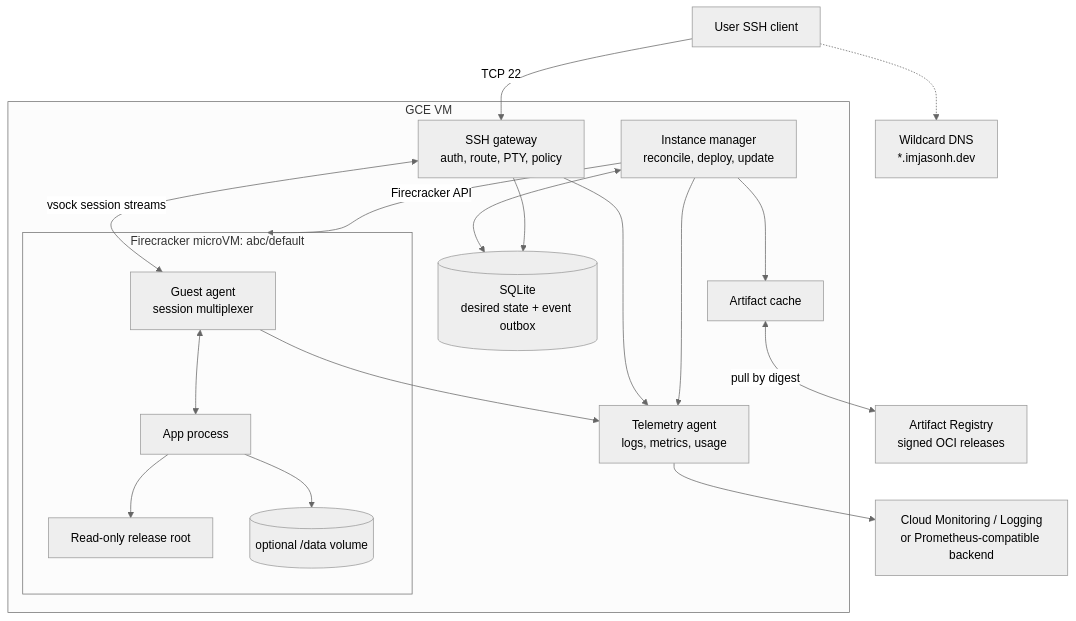
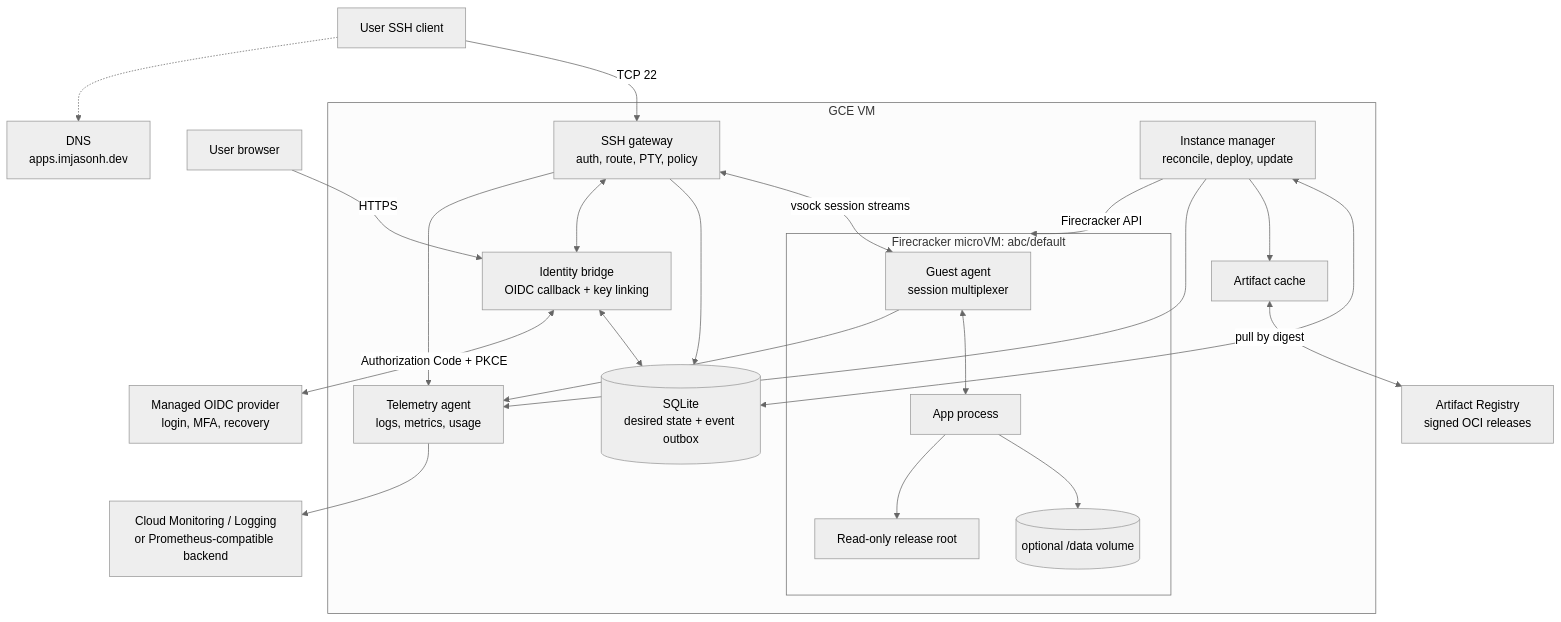
One commit to imjasonh/playground changed the first of 2 diagrams in docs/ssh-app-platform.md. Above: the diagram before and after it, drawn with Mermaid (neutral theme). The commit also changed other lines of this file, not shown here.

Commit message:
docs: specify OIDC-backed SSH authentication

````diff
--- a/docs/ssh-app-platform.md
+++ b/docs/ssh-app-platform.md
@@ -143,40 +145,47 @@
 ```mermaid
 flowchart TB
     U["User SSH client"]
-    DNS["Wildcard DNS<br/>*.imjasonh.dev"]
+    B["User browser"]
+    DNS["DNS<br/>apps.imjasonh.dev"]
 
     subgraph GCE["GCE VM"]
         GW["SSH gateway<br/>auth, route, PTY, policy"]
+        ID["Identity bridge<br/>OIDC callback + key linking"]
         MGR["Instance manager<br/>reconcile, deploy, update"]
         DB[("SQLite<br/>desired state + event outbox")]
         OBS["Telemetry agent<br/>logs, metrics, usage"]
         REG["Artifact cache"]
 
         subgraph FC["Firecracker microVM: abc/default"]
             AG["Guest agent<br/>session multiplexer"]
             APP["App process"]
             ROOT["Read-only release root"]
             DATA[("optional /data volume")]
             AG <--> APP
             APP --> DATA
             APP --> ROOT
         end
 
         GW <-->|"vsock session streams"| AG
         MGR -->|"Firecracker API"| FC
         MGR <--> DB
         MGR --> REG
         GW --> DB
+        GW <--> ID
+        ID <--> DB
         GW --> OBS
         MGR --> OBS
         AG --> OBS
     end
 
     AR["Artifact Registry<br/>signed OCI releases"]
     MON["Cloud Monitoring / Logging<br/>or Prometheus-compatible backend"]
+    OIDC["Managed OIDC provider<br/>login, MFA, recovery"]
 
     U -->|"TCP 22"| GW
     U -.-> DNS
+    B -->|"HTTPS"| ID
+    ID <-->|"Authorization Code + PKCE"| OIDC
     REG <-->|"pull by digest"| AR
     OBS --> MON
 ```
````
